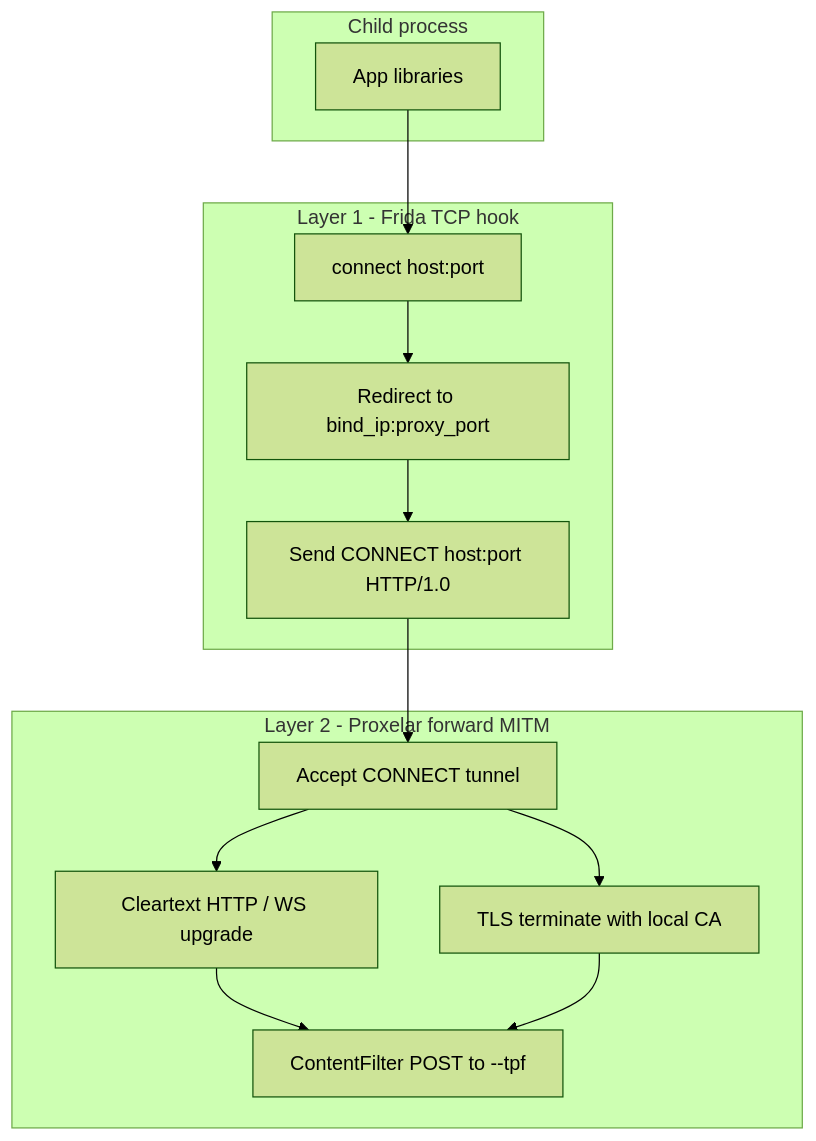
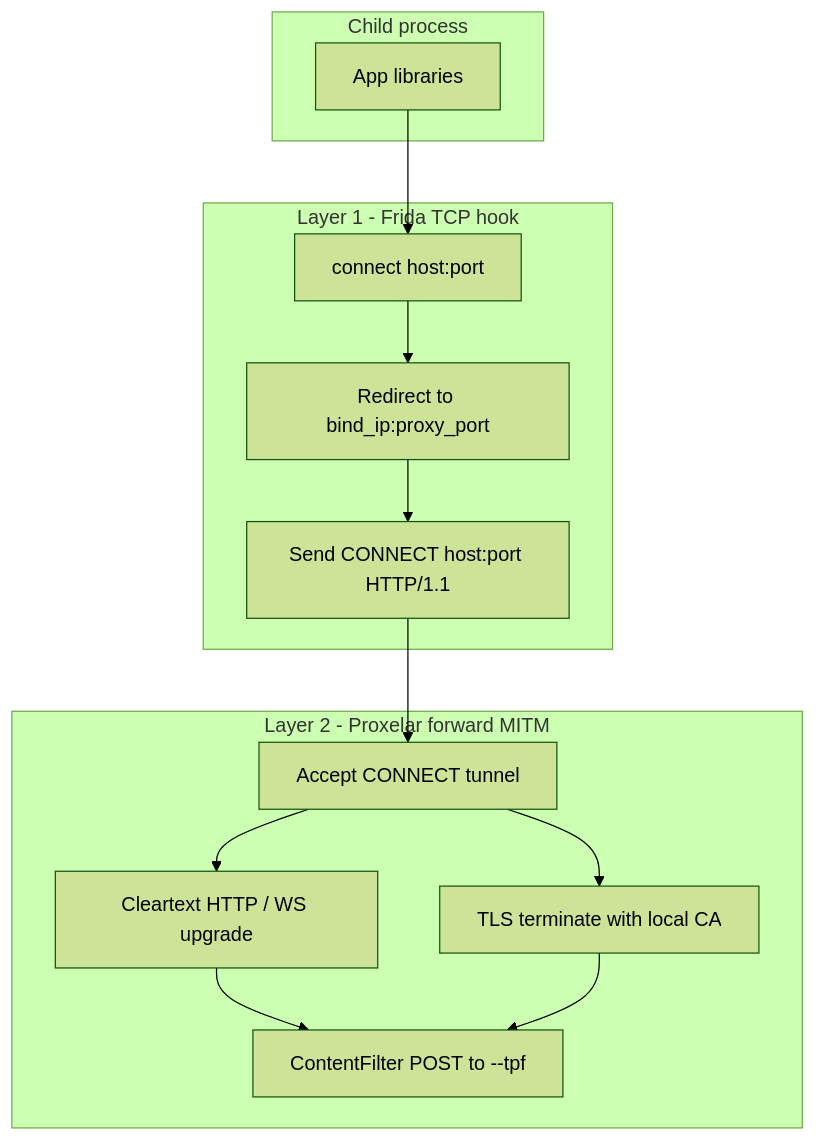
Before and after one commit to Sparse-Dynamix/guardian: the diagram in AGENTS.md, drawn with Mermaid (forest theme). The commit also changed other lines of this file and 7 other files, not shown here.

````diff
--- a/AGENTS.md
+++ b/AGENTS.md
@@ -22,20 +22,20 @@
 ```mermaid
 flowchart TB
     subgraph child [Child process]
         App[App libraries]
     end
     subgraph layer1 [Layer 1 - Frida TCP hook]
         Connect[connect host:port]
         Redirect[Redirect to bind_ip:proxy_port]
-        SyntheticCONNECT["Send CONNECT host:port HTTP/1.0"]
+        SyntheticCONNECT["Send CONNECT host:port HTTP/1.1"]
     end
     subgraph layer2 [Layer 2 - Proxelar forward MITM]
         Forward[Accept CONNECT tunnel]
         Cleartext[Cleartext HTTP / WS upgrade]
         TLS[TLS terminate with local CA]
         Filter[ContentFilter POST to --tpf]
     end
     App --> Connect --> Redirect --> SyntheticCONNECT --> Forward
     Forward --> Cleartext --> Filter
     Forward --> TLS --> Filter
 ```
````
